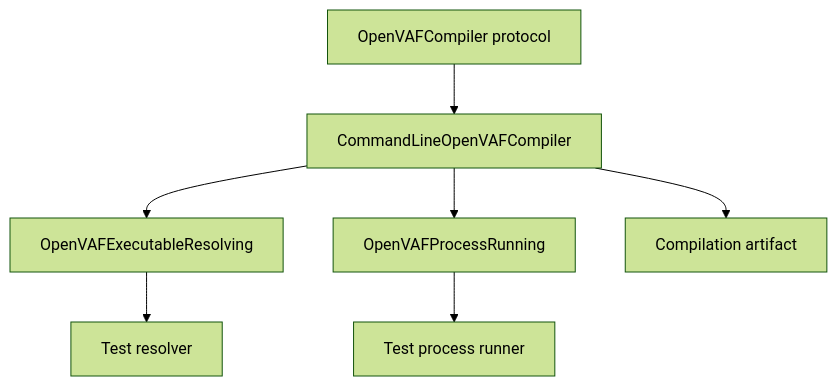
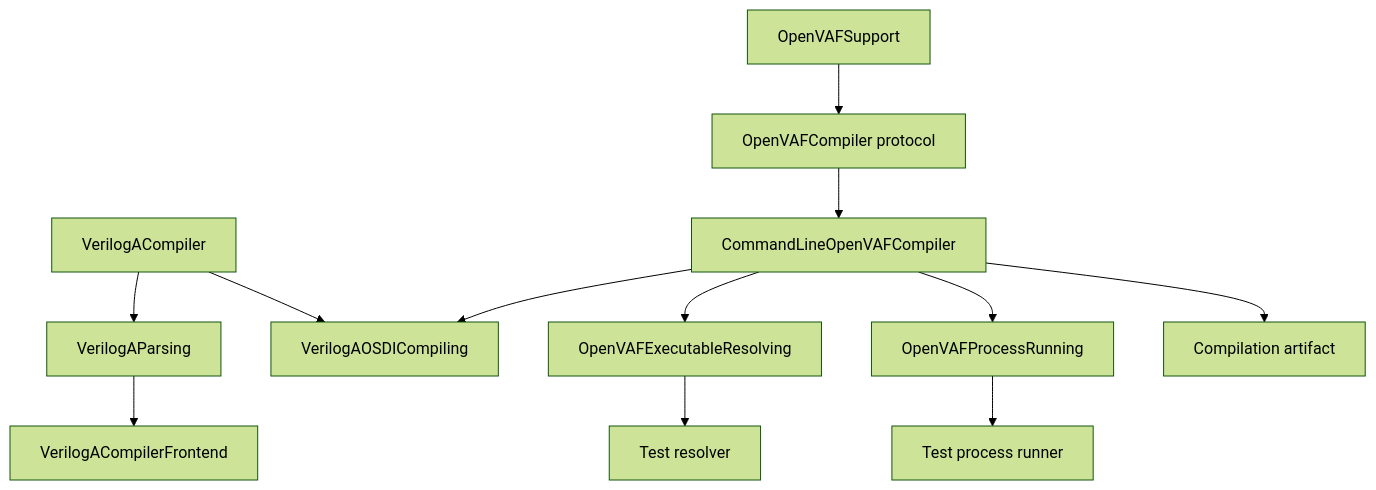
One commit to 1amageek/swift-openvaf changed the seventh of 7 diagrams in README.md. Above: the diagram before and after it, drawn with Mermaid (forest theme). The commit also changed other lines of this file, not shown here.

````diff
--- a/README.md
+++ b/README.md
@@ -502,9 +575,16 @@
 ```mermaid
 flowchart TD
-  API["OpenVAFCompiler protocol"] --> Impl["CommandLineOpenVAFCompiler"]
+  VAC["VerilogACompiler"] --> Parsing["VerilogAParsing"]
+  VAC --> OSDI["VerilogAOSDICompiling"]
+  Parsing --> Frontend["VerilogACompilerFrontend"]
+
+  OVS["OpenVAFSupport"] --> API["OpenVAFCompiler protocol"]
+  API --> Impl["CommandLineOpenVAFCompiler"]
+  Impl --> OSDI
   Impl --> Resolver["OpenVAFExecutableResolving"]
   Impl --> Runner["OpenVAFProcessRunning"]
   Impl --> Artifact["Compilation artifact"]
+
   Resolver --> TestResolver["Test resolver"]
   Runner --> TestRunner["Test process runner"]
 ```
````
